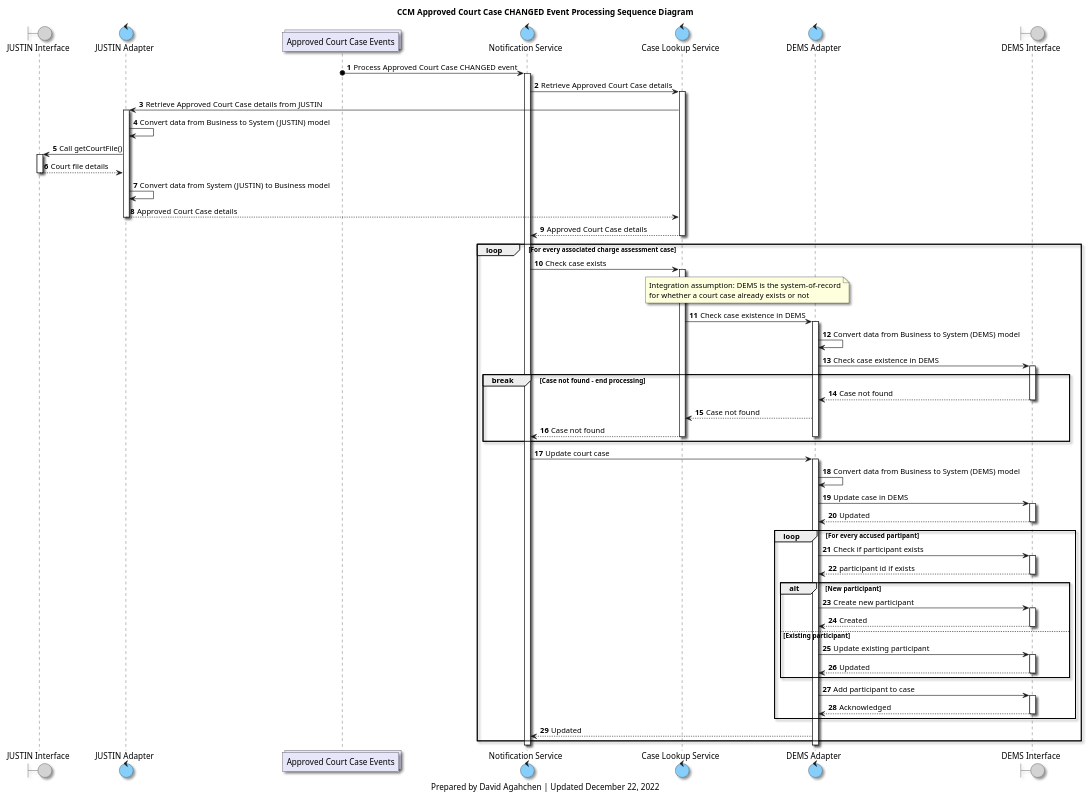
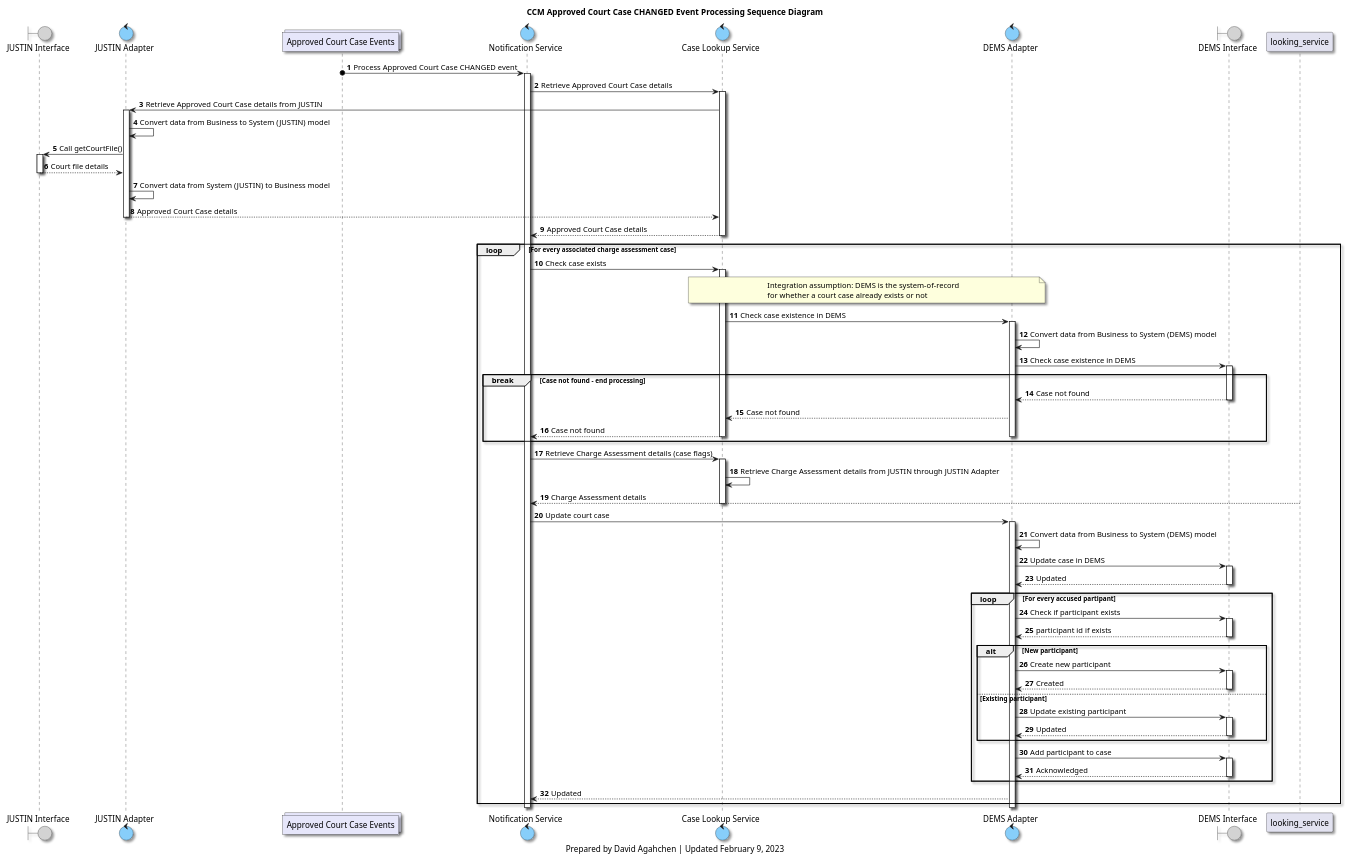
One commit to bcgov/jpss-jade-ccm changed the diagram in diagrams/ccm_approved_court_case_changed_processing_sequence_diagram.plantuml. Above: the diagram before and after it, drawn with PlantUML. The commit also changed 1 other file, not shown here.

Commit message:
approved court case changed sequence diagram

```diff
--- a/diagrams/ccm_approved_court_case_changed_processing_sequence_diagram.plantuml
+++ b/diagrams/ccm_approved_court_case_changed_processing_sequence_diagram.plantuml
@@ -1,111 +1,117 @@
 @startuml
 'hide footbox
 
 skinparam Shadowing true
 skinparam CollectionsBackgroundColor Lavender
 skinparam ControlBackgroundColor LightSkyBlue
 skinparam BoundaryBackgroundColor LightGrey
 
 /' 
 Available colours
 https://plantuml-documentation.readthedocs.io/en/latest/formatting/color-names.html
 '/
 
 boundary j_interface as "JUSTIN Interface"
 control j_adapter as "JUSTIN Adapter"
 collections approved_court_case_topic as "Approved Court Case Events"
 control notification_service as "Notification Service"
 control lookup_service as "Case Lookup Service"
 control d_adapter as "DEMS Adapter"
 boundary d_interface as "DEMS Interface"
 
 title
 CCM Approved Court Case CHANGED Event Processing Sequence Diagram
 end title
 
 autonumber
 
 approved_court_case_topic o-> notification_service: Process Approved Court Case CHANGED event
 activate notification_service
 
 notification_service -> lookup_service: Retrieve Approved Court Case details
 activate lookup_service
 lookup_service -> j_adapter: Retrieve Approved Court Case details from JUSTIN
 
 activate j_adapter
 j_adapter -> j_adapter: Convert data from Business to System (JUSTIN) model
 j_adapter -> j_interface: Call getCourtFile()
 activate j_interface
 j_interface --> j_adapter: Court file details
 deactivate j_interface
 j_adapter -> j_adapter: Convert data from System (JUSTIN) to Business model
 j_adapter --> lookup_service: Approved Court Case details
 deactivate j_adapter
 
 lookup_service --> notification_service: Approved Court Case details
 deactivate lookup_service
 
 loop For every associated charge assessment case
 
     notification_service -> lookup_service: Check case exists
     activate lookup_service
     note over lookup_service, d_adapter
     Integration assumption: DEMS is the system-of-record
     for whether a court case already exists or not
     end note
     lookup_service -> d_adapter: Check case existence in DEMS
     activate d_adapter
     d_adapter -> d_adapter: Convert data from Business to System (DEMS) model
     d_adapter -> d_interface: Check case existence in DEMS
     activate d_interface
 
     break Case not found - end processing
     d_interface --> d_adapter: Case not found
     deactivate d_interface
     d_adapter --> lookup_service: Case not found
     lookup_service --> notification_service: Case not found
     deactivate lookup_service
     deactivate d_adapter
     end break
 
+    notification_service -> lookup_service: Retrieve Charge Assessment details (case flags)
+    activate lookup_service
+    lookup_service -> lookup_service: Retrieve Charge Assessment details from JUSTIN through JUSTIN Adapter
+    looking_service --> notification_service: Charge Assessment details
+    deactivate lookup_service
+
     notification_service -> d_adapter: Update court case
     activate d_adapter
     d_adapter -> d_adapter: Convert data from Business to System (DEMS) model
     d_adapter -> d_interface: Update case in DEMS
     activate d_interface
     d_interface --> d_adapter: Updated
     deactivate d_interface
 
     loop For every accused partipant
         d_adapter -> d_interface: Check if participant exists
         activate d_interface
         d_interface --> d_adapter: participant id if exists
         deactivate d_interface
         alt New participant
             d_adapter -> d_interface: Create new participant
             activate d_interface
             d_interface --> d_adapter: Created
             deactivate d_interface
         else Existing participant
             d_adapter -> d_interface: Update existing participant
             activate d_interface
             d_interface --> d_adapter: Updated
             deactivate d_interface
         end
         d_adapter -> d_interface: Add participant to case
         activate d_interface
         d_interface --> d_adapter: Acknowledged
         deactivate d_interface
     end
 
     d_adapter --> notification_service: Updated
 end loop
 
 deactivate d_adapter
 
 deactivate notification_service
 
 caption
-Prepared by David Agahchen | Updated December 22, 2022
+Prepared by David Agahchen | Updated February 9, 2023
 end caption
 @enduml
```
